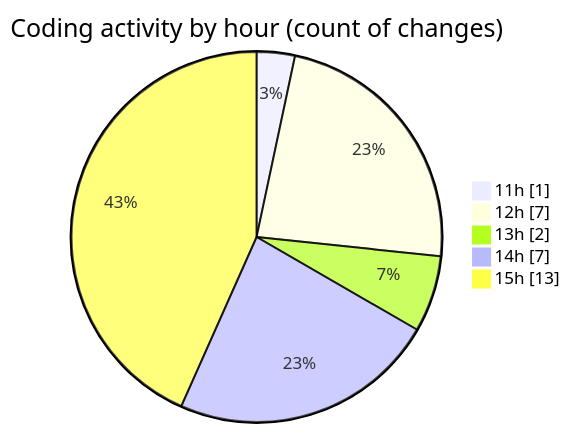
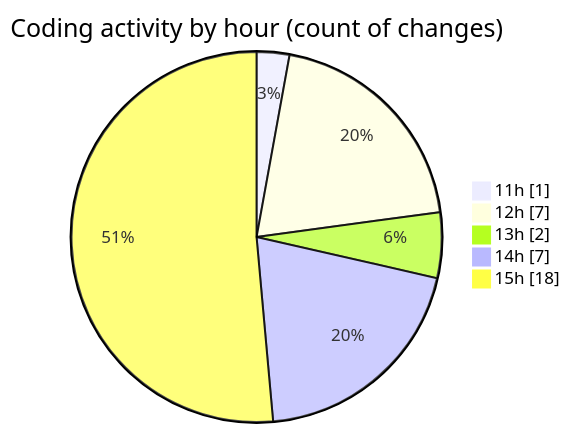
The second of 2 diagrams in 2025-06-09/cda/README.md (momahboobian/code-tracking), drawn with Mermaid before and after one commit. The commit also changed other lines of this file and 1 other file, not shown here.

````diff
--- a/2025-06-09/cda/README.md
+++ b/2025-06-09/cda/README.md
@@ -40,9 +40,9 @@
 ```mermaid
 pie showData
 title Coding activity by hour (count of changes)
 "11h" : 1
 "12h" : 7
 "13h" : 2
 "14h" : 7
-"15h" : 13
+"15h" : 18
 ```
````
